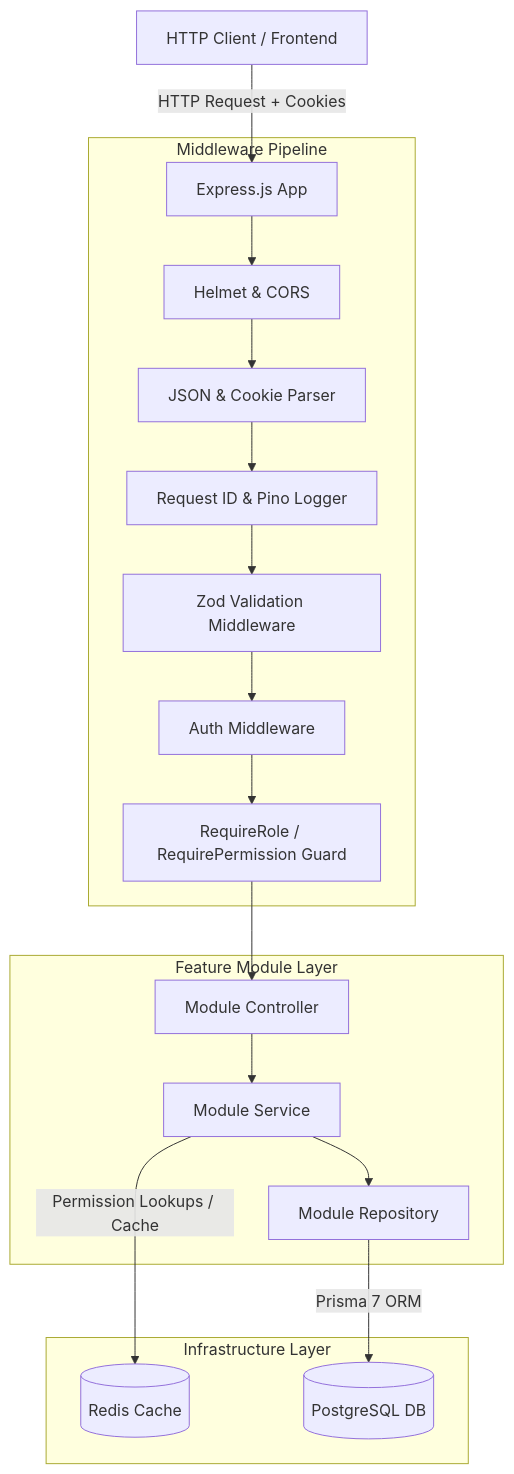
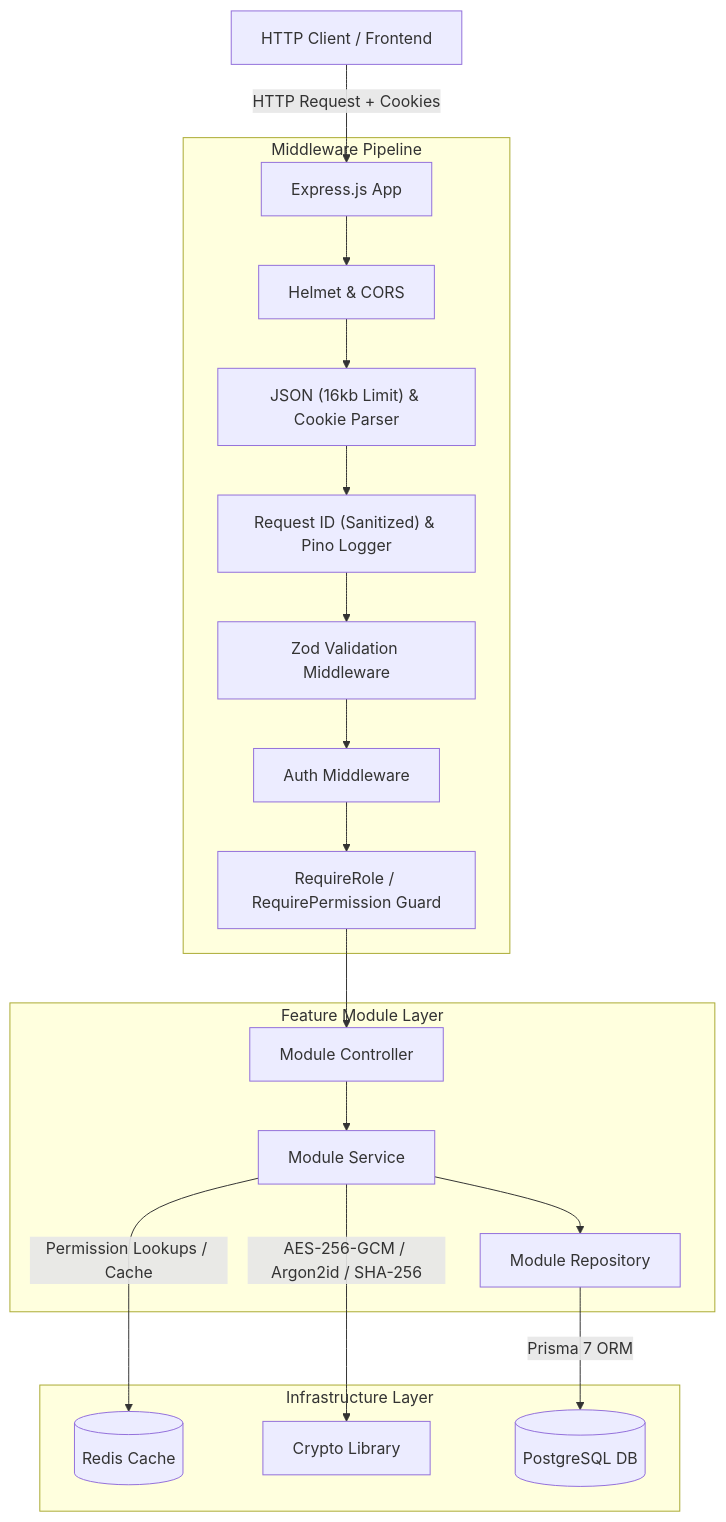
One commit to utkarshj014/authsphere changed the first of 5 diagrams in docs/ARCHITECTURE.md. Above: the diagram before and after it, drawn with Mermaid. The commit also changed other lines of this file and 1 other file, not shown here.

````diff
--- a/docs/ARCHITECTURE.md
+++ b/docs/ARCHITECTURE.md
@@ -35,24 +35,25 @@
 ```mermaid
 graph TD
-    Client[HTTP Client / Frontend] -->|HTTP Request + Cookies| Express[Express.js App]
-    
+    Client["HTTP Client / Frontend"] -->|HTTP Request + Cookies| Express["Express.js App"]
+
     subgraph Middleware Pipeline
-        Express --> Helmet[Helmet & CORS]
-        Helmet --> BodyParser[JSON & Cookie Parser]
-        BodyParser --> ReqID[Request ID & Pino Logger]
-        ReqID --> Validate[Zod Validation Middleware]
-        Validate --> AuthGuard[Auth Middleware]
-        AuthGuard --> PermissionGuard[RequireRole / RequirePermission Guard]
+        Express --> Helmet["Helmet & CORS"]
+        Helmet --> BodyParser["JSON (16kb Limit) & Cookie Parser"]
+        BodyParser --> ReqID["Request ID (Sanitized) & Pino Logger"]
+        ReqID --> Validate["Zod Validation Middleware"]
+        Validate --> AuthGuard["Auth Middleware"]
+        AuthGuard --> PermissionGuard["RequireRole / RequirePermission Guard"]
     end
 
     subgraph Feature Module Layer
-        PermissionGuard --> Controller[Module Controller]
-        Controller --> Service[Module Service]
-        Service --> Repository[Module Repository]
+        PermissionGuard --> Controller["Module Controller"]
+        Controller --> Service["Module Service"]
+        Service --> Repository["Module Repository"]
     end
 
     subgraph Infrastructure Layer
-        Service -->|Permission Lookups / Cache| Redis[(Redis Cache)]
-        Repository -->|Prisma 7 ORM| Postgres[(PostgreSQL DB)]
+        Service -->|Permission Lookups / Cache| Redis[("Redis Cache")]
+        Service -->|AES-256-GCM / Argon2id / SHA-256| CryptoLib["Crypto Library"]
+        Repository -->|Prisma 7 ORM| Postgres[("PostgreSQL DB")]
     end
 ```
````
